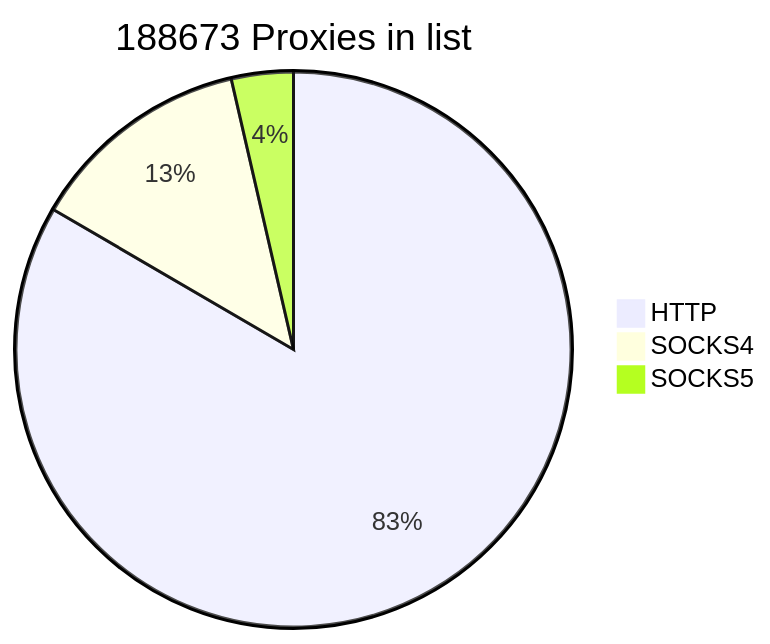
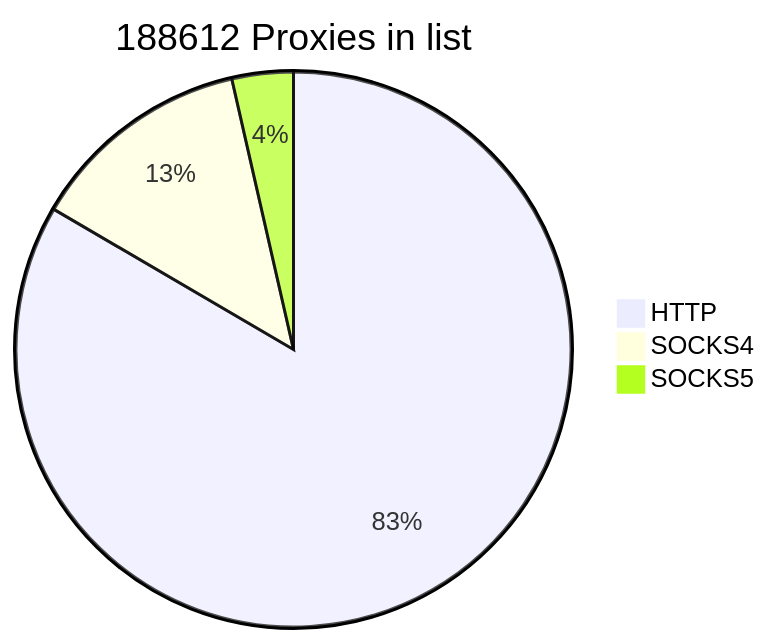
Before and after one commit to cutipu/proxylist: the first of 2 diagrams in README.md, drawn with Mermaid. The commit also changed other lines of this file, not shown here.

````diff
--- a/README.md
+++ b/README.md
@@ -2,7 +2,7 @@
 ```mermaid
-pie title 188673 Proxies in list
-    "HTTP" : 157354
+pie title 188612 Proxies in list
+    "HTTP" : 157353
     "SOCKS4" : 24528
-    "SOCKS5" : 6791
+    "SOCKS5" : 6731
             
 ```
````
